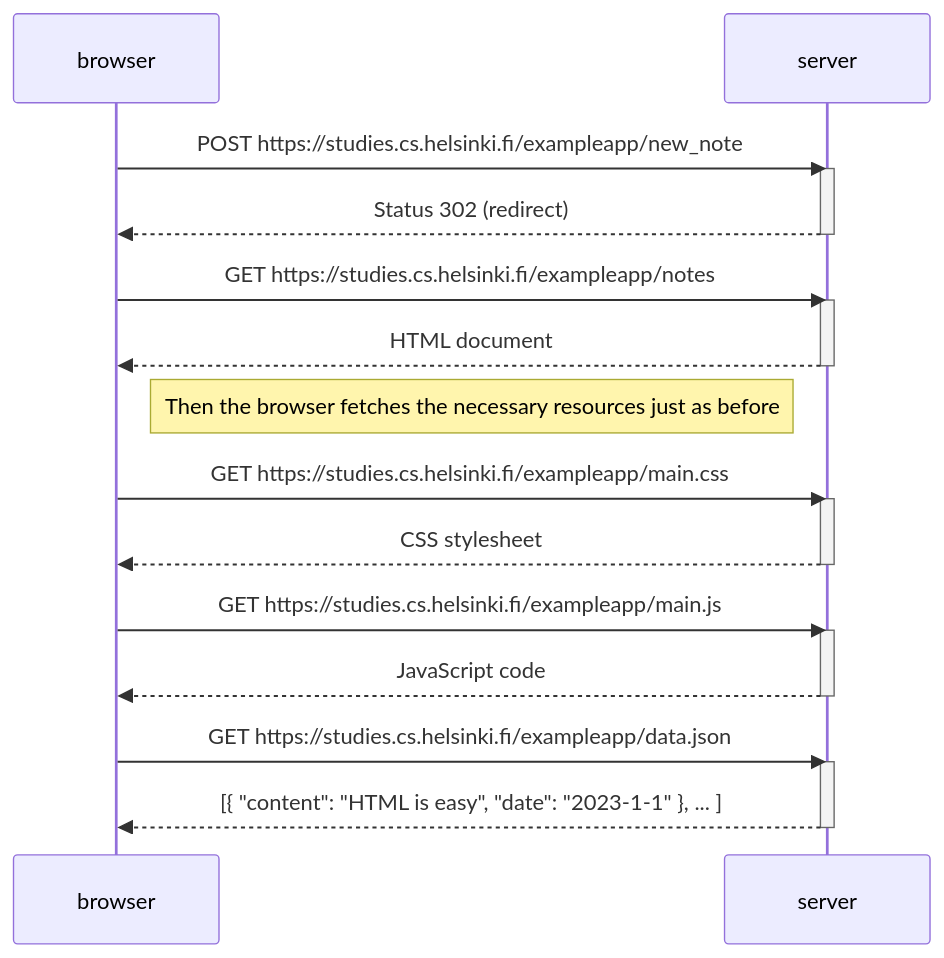
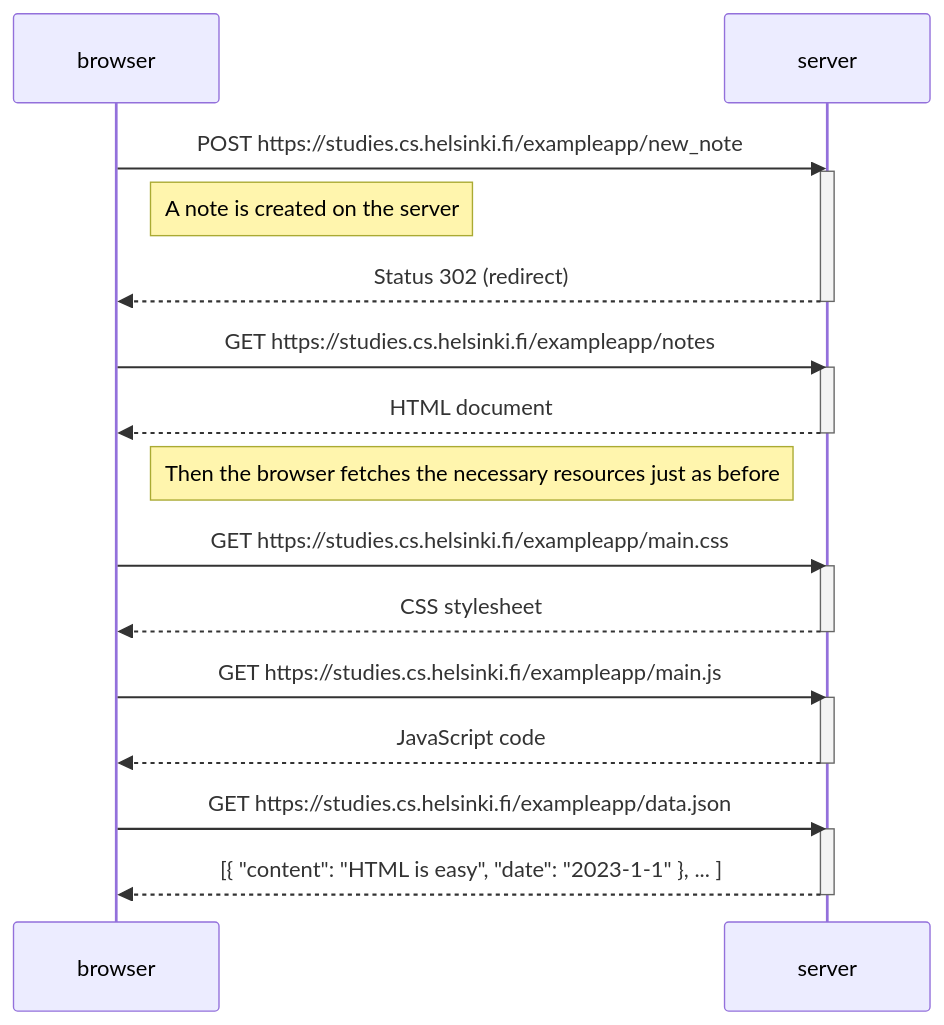
The diagram in osa0/0_4.md (TatuLaras/fullstackopen), drawn with Mermaid before and after one commit.

````diff
--- a/osa0/0_4.md
+++ b/osa0/0_4.md
@@ -1,33 +1,35 @@
 ```mermaid
 sequenceDiagram
     participant browser
     participant server
     
     browser->>server: POST https://studies.cs.helsinki.fi/exampleapp/new_note
     activate server
+    Note right of browser: A note is created on the server
     server-->>browser: Status 302 (redirect)
     deactivate server
     
+
     browser->>server: GET https://studies.cs.helsinki.fi/exampleapp/notes
     activate server
     server-->>browser: HTML document
     deactivate server
 
     Note right of browser: Then the browser fetches the necessary resources just as before
 
     browser->>server: GET https://studies.cs.helsinki.fi/exampleapp/main.css
     activate server
     server-->>browser: CSS stylesheet
     deactivate server
     
     browser->>server: GET https://studies.cs.helsinki.fi/exampleapp/main.js
     activate server
     server-->>browser: JavaScript code
     deactivate server
     
     browser->>server: GET https://studies.cs.helsinki.fi/exampleapp/data.json
     activate server
     server-->>browser: [{ "content": "HTML is easy", "date": "2023-1-1" }, ... ]
     deactivate server    
 
 ```
````
